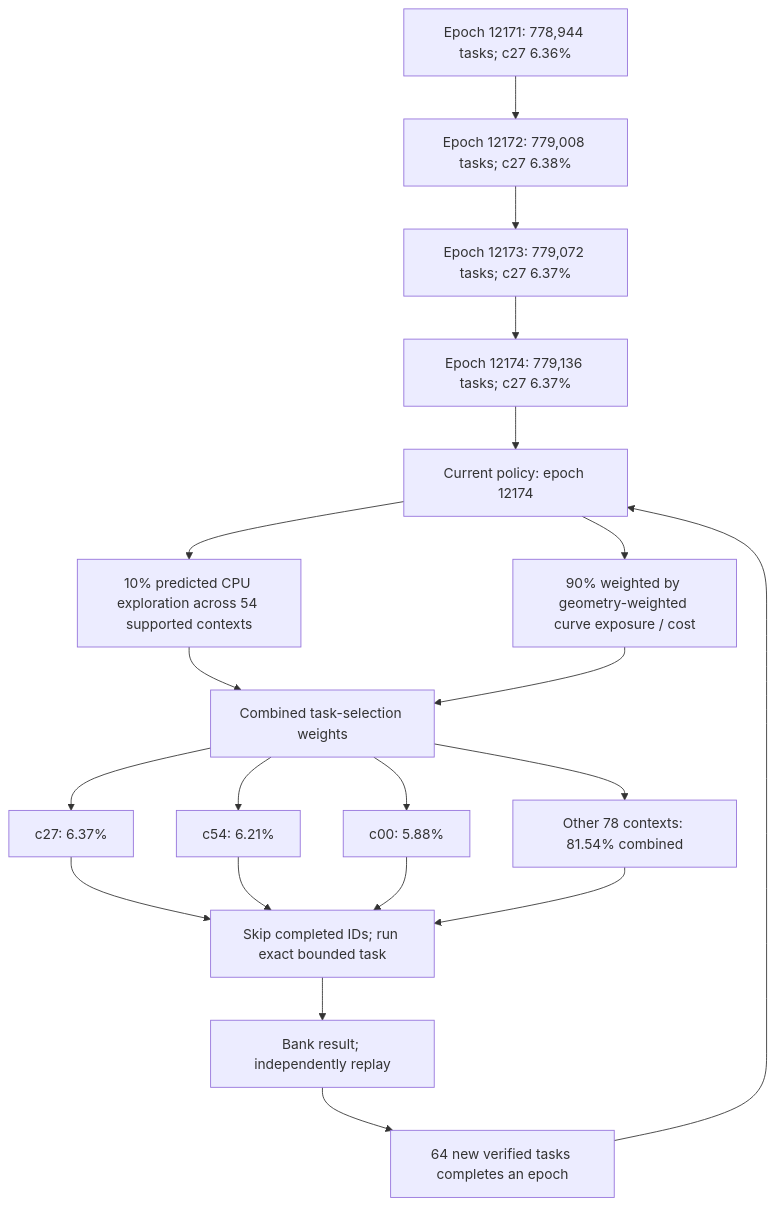
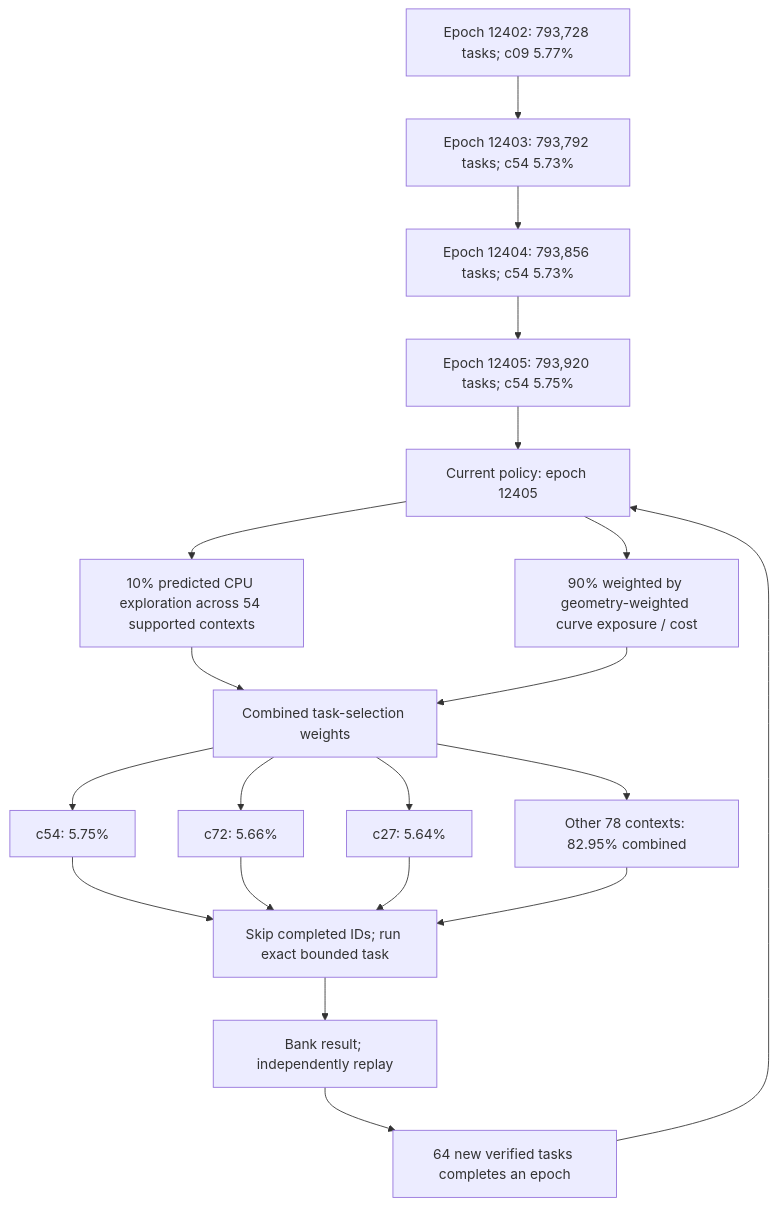
One commit to Kuberwastaken/math-gambling changed the first of 4 diagrams in README.md. Above: the diagram before and after it, drawn with Mermaid. The commit also changed other lines of this file and 25561 other files, not shown here.

````diff
--- a/README.md
+++ b/README.md
@@ -60,27 +60,27 @@
 ```mermaid
 flowchart TD
-    H0["Epoch 12171: 778,944 tasks; c27 6.36%"]
-    H1["Epoch 12172: 779,008 tasks; c27 6.38%"]
+    H0["Epoch 12402: 793,728 tasks; c09 5.77%"]
+    H1["Epoch 12403: 793,792 tasks; c54 5.73%"]
     H0 --> H1
-    H2["Epoch 12173: 779,072 tasks; c27 6.37%"]
+    H2["Epoch 12404: 793,856 tasks; c54 5.73%"]
     H1 --> H2
-    H3["Epoch 12174: 779,136 tasks; c27 6.37%"]
+    H3["Epoch 12405: 793,920 tasks; c54 5.75%"]
     H2 --> H3
-    Policy["Current policy: epoch 12174"]
+    Policy["Current policy: epoch 12405"]
     H3 --> Policy
     Policy --> Explore["10% predicted CPU exploration across 54 supported contexts"]
     Policy --> Cost["90% weighted by geometry-weighted curve exposure / cost"]
     Explore --> Mix["Combined task-selection weights"]
     Cost --> Mix
-    Mix --> C0["c27: 6.37%"]
-    Mix --> C1["c54: 6.21%"]
-    Mix --> C2["c00: 5.88%"]
-    Mix --> Rest["Other 78 contexts: 81.54% combined"]
+    Mix --> C0["c54: 5.75%"]
+    Mix --> C1["c72: 5.66%"]
+    Mix --> C2["c27: 5.64%"]
+    Mix --> Rest["Other 78 contexts: 82.95% combined"]
     C0 --> Check["Skip completed IDs; run exact bounded task"]
     C1 --> Check
     C2 --> Check
     Rest --> Check
     Check --> Replay["Bank result; independently replay"]
     Replay --> Gate["64 new verified tasks completes an epoch"]
     Gate --> Policy
 ```
````
